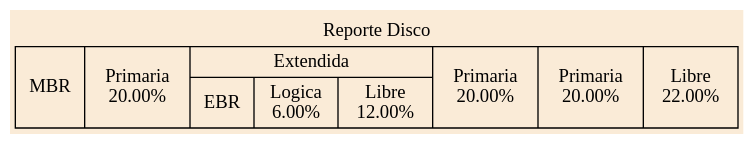
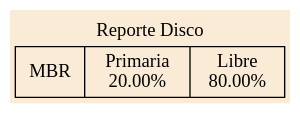
Before and after one commit to Ssolares0/MIA_P1_202004822: the diagram in Reportes/ReporteDisk.dot, drawn with Graphviz. The commit also changed 12 other files, not shown here.

```diff
--- a/Reportes/ReporteDisk.dot
+++ b/Reportes/ReporteDisk.dot
@@ -1,2 +1,2 @@
-digraph grid {bgcolor="antiquewhite" fontname="Comic Sans MS " label=" Reporte Disco"Alayout=dot labelloc = "t"edge [weigth=1000 style=dashed color=red4 dir = "both" arrowtail="open" arrowhead="open"]node[shape=record, color=black]a0[label="MBR|Primaria\n20.00%\n|{Extendida|{EBR|Logica\n6.00%\n|Libre\n12.00%\n}}|Primaria\n20.00%\n|Primaria\n20.00%\n|Libre\n22.00%\n"];
+digraph grid {bgcolor="antiquewhite" fontname="Comic Sans MS " label=" Reporte Disco"Alayout=dot labelloc = "t"edge [weigth=1000 style=dashed color=red4 dir = "both" arrowtail="open" arrowhead="open"]node[shape=record, color=black]a0[label="MBR|Primaria\n20.00%\n|Libre\n80.00%\n"];
 }
```
